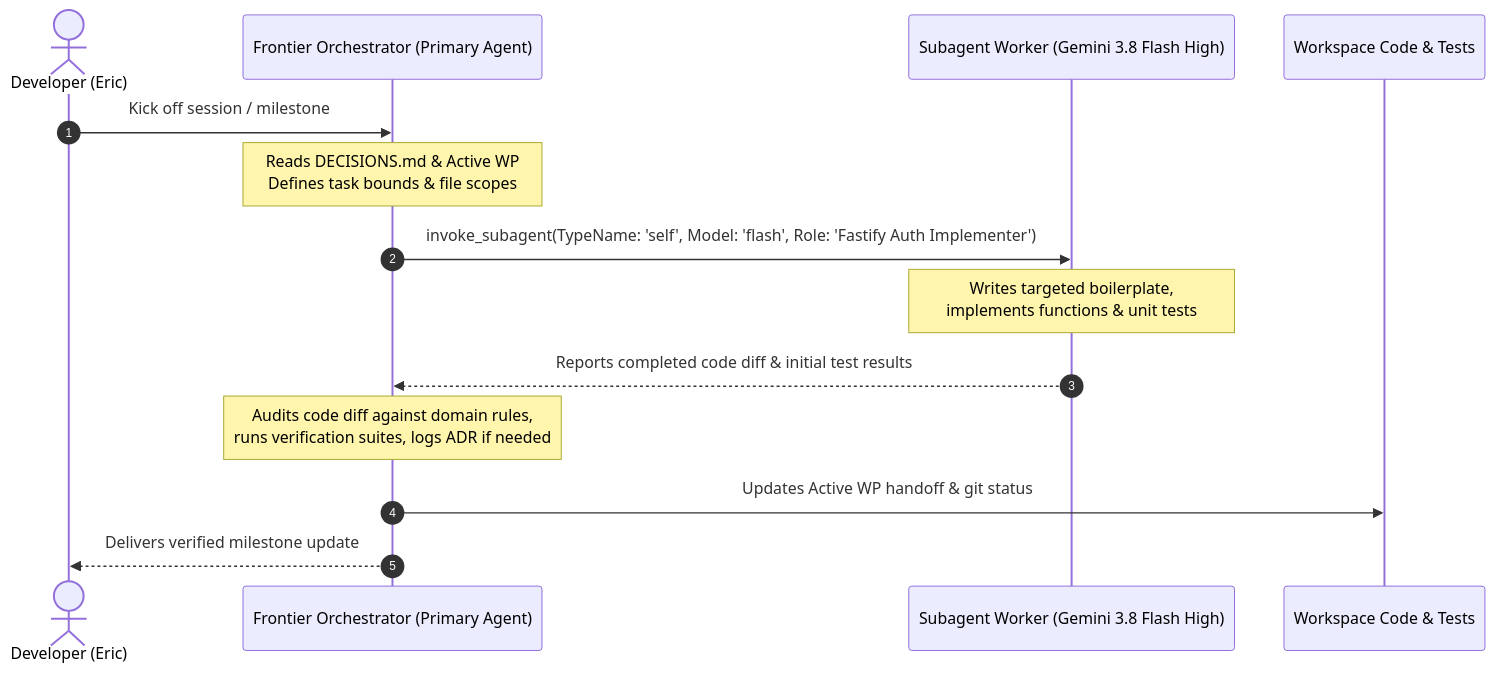
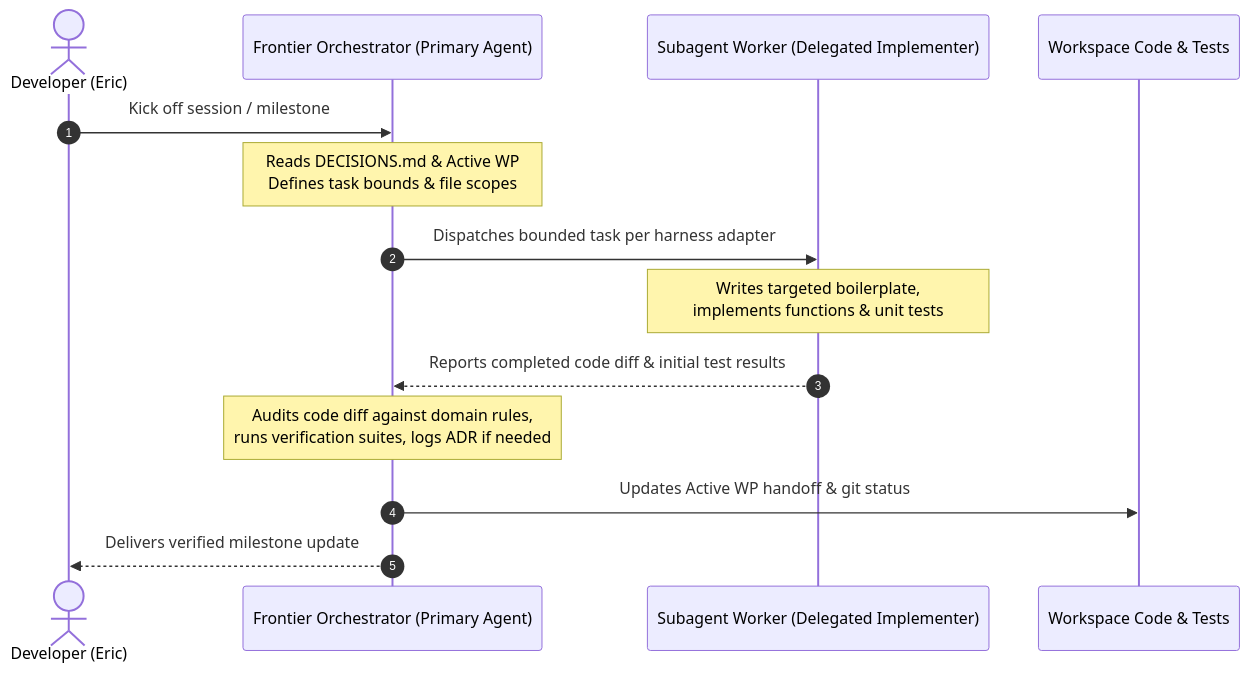
Before and after one commit to ecoonradt/roadtrip-copilot: the second of 2 diagrams in docs/projects/route-scout-cloud/WORKING_MODEL.md, drawn with Mermaid. The commit also changed other lines of this file and 40 other files, not shown here.

````diff
--- a/docs/projects/route-scout-cloud/WORKING_MODEL.md
+++ b/docs/projects/route-scout-cloud/WORKING_MODEL.md
@@ -78,17 +79,17 @@
 ```mermaid
 sequenceDiagram
     autonumber
     actor Developer as Developer (Eric)
     participant Orchestrator as Frontier Orchestrator (Primary Agent)
-    participant Worker as Subagent Worker (Gemini 3.8 Flash High)
+    participant Worker as Subagent Worker (Delegated Implementer)
     participant Workspace as Workspace Code & Tests
 
     Developer->>Orchestrator: Kick off session / milestone
     Note over Orchestrator: Reads DECISIONS.md & Active WP<br/>Defines task bounds & file scopes
-    Orchestrator->>Worker: invoke_subagent(TypeName: 'self', Model: 'flash', Role: 'Fastify Auth Implementer')
+    Orchestrator->>Worker: Dispatches bounded task per harness adapter
     Note over Worker: Writes targeted boilerplate,<br/>implements functions & unit tests
     Worker-->>Orchestrator: Reports completed code diff & initial test results
     Note over Orchestrator: Audits code diff against domain rules,<br/>runs verification suites, logs ADR if needed
     Orchestrator->>Workspace: Updates Active WP handoff & git status
     Orchestrator-->>Developer: Delivers verified milestone update
 ```
````
